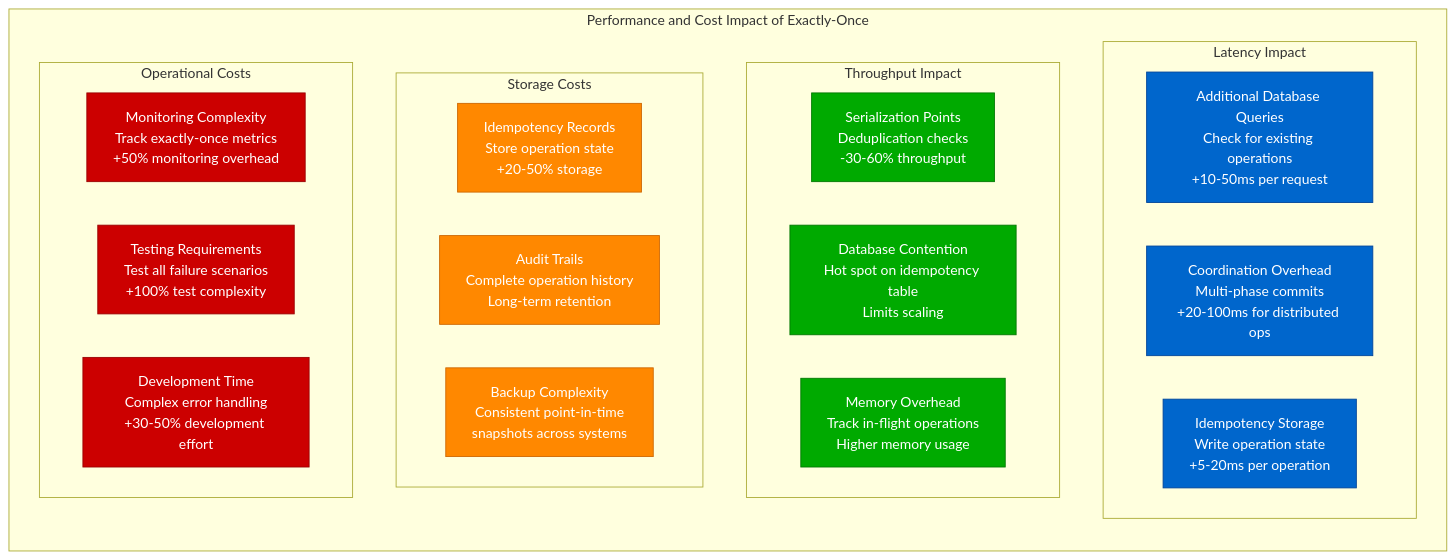
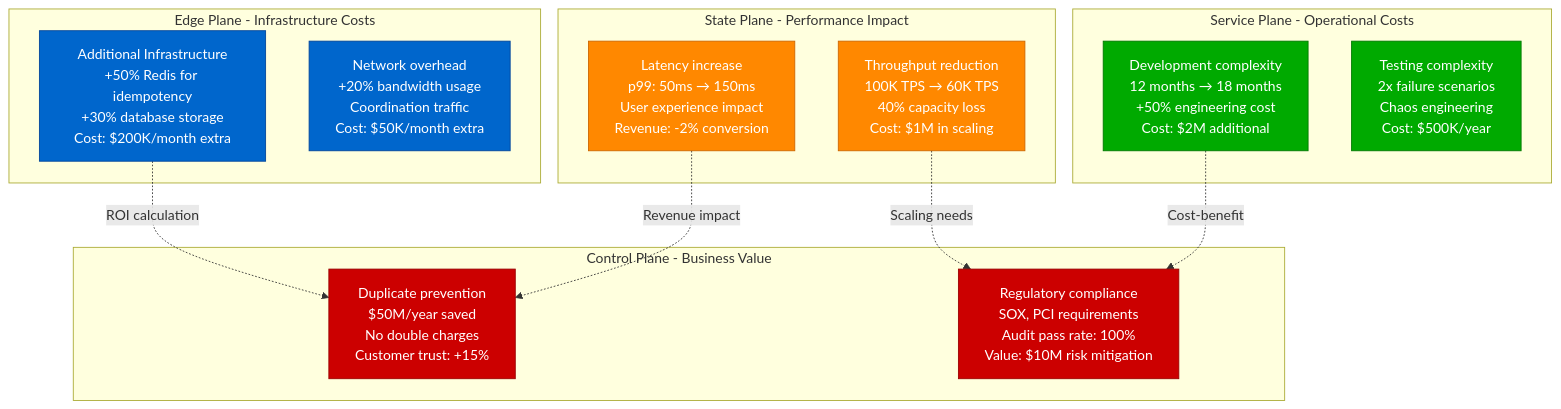
The ninth of 10 diagrams in site/docs/guarantees/exactly-once/exactly-once-concept.md (deepaucksharma/DS), drawn with Mermaid before and after one commit. The commit also changed other lines of this file and 42 other files, not shown here.

````diff
--- a/site/docs/guarantees/exactly-once/exactly-once-concept.md
+++ b/site/docs/guarantees/exactly-once/exactly-once-concept.md
@@ -408,38 +440,38 @@
 ```mermaid
-graph LR
-    subgraph PerformanceImpact[Performance and Cost Impact of Exactly-Once]
-        subgraph LatencyImpact[Latency Impact]
-            LI1[Additional Database Queries<br/>Check for existing operations<br/>+10-50ms per request]
-            LI2[Coordination Overhead<br/>Multi-phase commits<br/>+20-100ms for distributed ops]
-            LI3[Idempotency Storage<br/>Write operation state<br/>+5-20ms per operation]
-        end
-
-        subgraph ThroughputImpact[Throughput Impact]
-            TI1[Serialization Points<br/>Deduplication checks<br/>-30-60% throughput]
-            TI2[Database Contention<br/>Hot spot on idempotency table<br/>Limits scaling]
-            TI3[Memory Overhead<br/>Track in-flight operations<br/>Higher memory usage]
-        end
-
-        subgraph StorageCosts[Storage Costs]
-            SC1[Idempotency Records<br/>Store operation state<br/>+20-50% storage]
-            SC2[Audit Trails<br/>Complete operation history<br/>Long-term retention]
-            SC3[Backup Complexity<br/>Consistent point-in-time<br/>snapshots across systems]
-        end
-
-        subgraph OperationalCosts[Operational Costs]
-            OC1[Monitoring Complexity<br/>Track exactly-once metrics<br/>+50% monitoring overhead]
-            OC2[Testing Requirements<br/>Test all failure scenarios<br/>+100% test complexity]
-            OC3[Development Time<br/>Complex error handling<br/>+30-50% development effort]
-        end
+graph TB
+    subgraph EDGE["Edge Plane - Infrastructure Costs"]
+        INFRA["Additional Infrastructure<br/>+50% Redis for idempotency<br/>+30% database storage<br/>Cost: $200K/month extra"]
+        NET["Network overhead<br/>+20% bandwidth usage<br/>Coordination traffic<br/>Cost: $50K/month extra"]
     end
 
-    classDef latencyStyle fill:#0066CC,stroke:#004499,color:#fff
-    classDef throughputStyle fill:#00AA00,stroke:#007700,color:#fff
-    classDef storageStyle fill:#FF8800,stroke:#CC6600,color:#fff
-    classDef operationalStyle fill:#CC0000,stroke:#990000,color:#fff
+    subgraph SERVICE["Service Plane - Operational Costs"]
+        DEV["Development complexity<br/>12 months → 18 months<br/>+50% engineering cost<br/>Cost: $2M additional"]
+        TEST["Testing complexity<br/>2x failure scenarios<br/>Chaos engineering<br/>Cost: $500K/year"]
+    end
 
-    class LI1,LI2,LI3 latencyStyle
-    class TI1,TI2,TI3 throughputStyle
-    class SC1,SC2,SC3 storageStyle
-    class OC1,OC2,OC3 operationalStyle
+    subgraph STATE["State Plane - Performance Impact"]
+        LAT["Latency increase<br/>p99: 50ms → 150ms<br/>User experience impact<br/>Revenue: -2% conversion"]
+        THR["Throughput reduction<br/>100K TPS → 60K TPS<br/>40% capacity loss<br/>Cost: $1M in scaling"]
+    end
+
+    subgraph CONTROL["Control Plane - Business Value"]
+        PREVENT["Duplicate prevention<br/>$50M/year saved<br/>No double charges<br/>Customer trust: +15%"]
+        COMPLIANCE["Regulatory compliance<br/>SOX, PCI requirements<br/>Audit pass rate: 100%<br/>Value: $10M risk mitigation"]
+    end
+
+    INFRA -.->|"ROI calculation"| PREVENT
+    DEV -.->|"Cost-benefit"| COMPLIANCE
+    LAT -.->|"Revenue impact"| PREVENT
+    THR -.->|"Scaling needs"| COMPLIANCE
+
+    %% Production 4-plane colors
+    classDef edge fill:#0066CC,stroke:#004499,color:#fff
+    classDef service fill:#00AA00,stroke:#007700,color:#fff
+    classDef state fill:#FF8800,stroke:#CC6600,color:#fff
+    classDef control fill:#CC0000,stroke:#990000,color:#fff
+
+    class INFRA,NET edge
+    class DEV,TEST service
+    class LAT,THR state
+    class PREVENT,COMPLIANCE control
 ```
````
